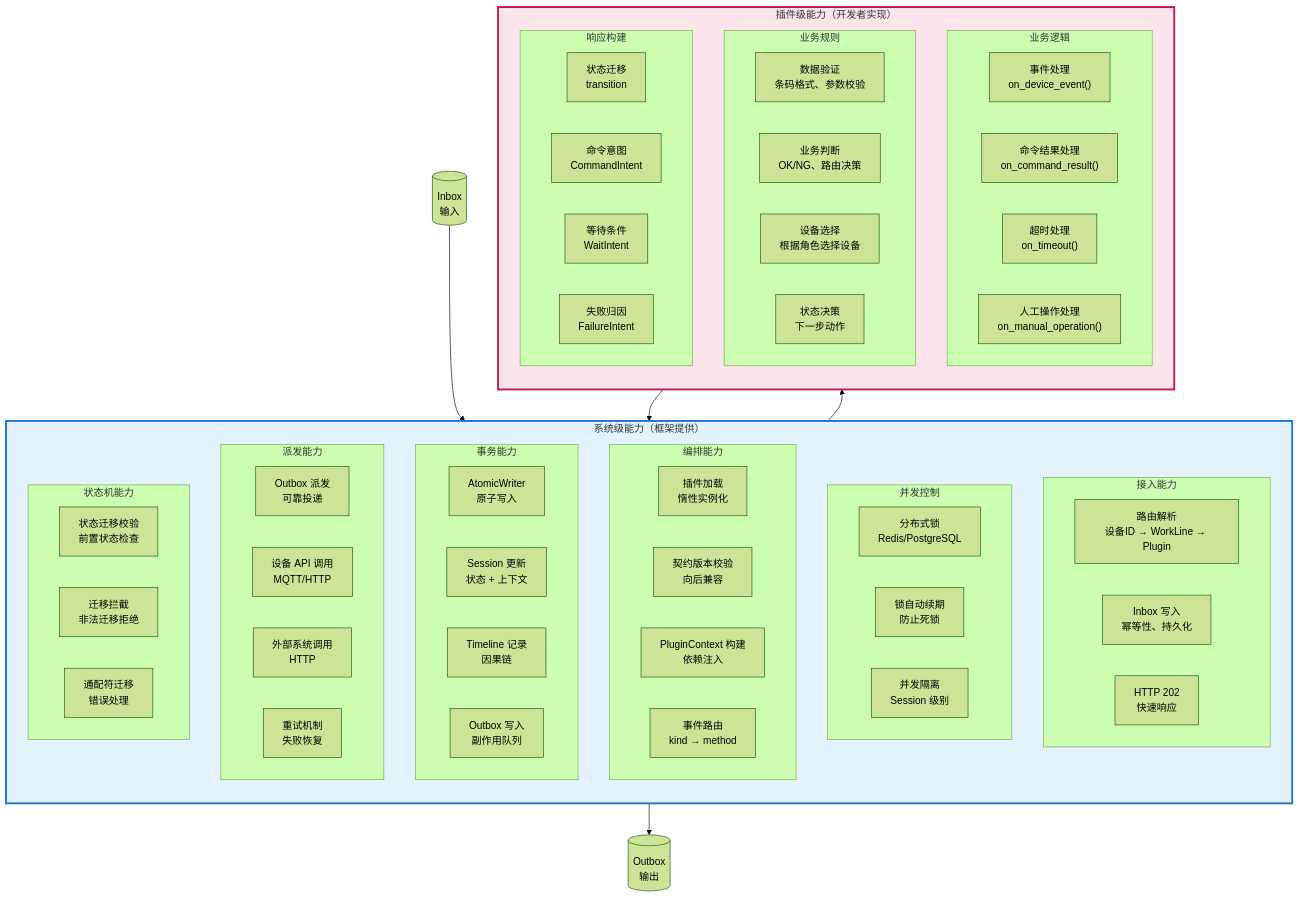
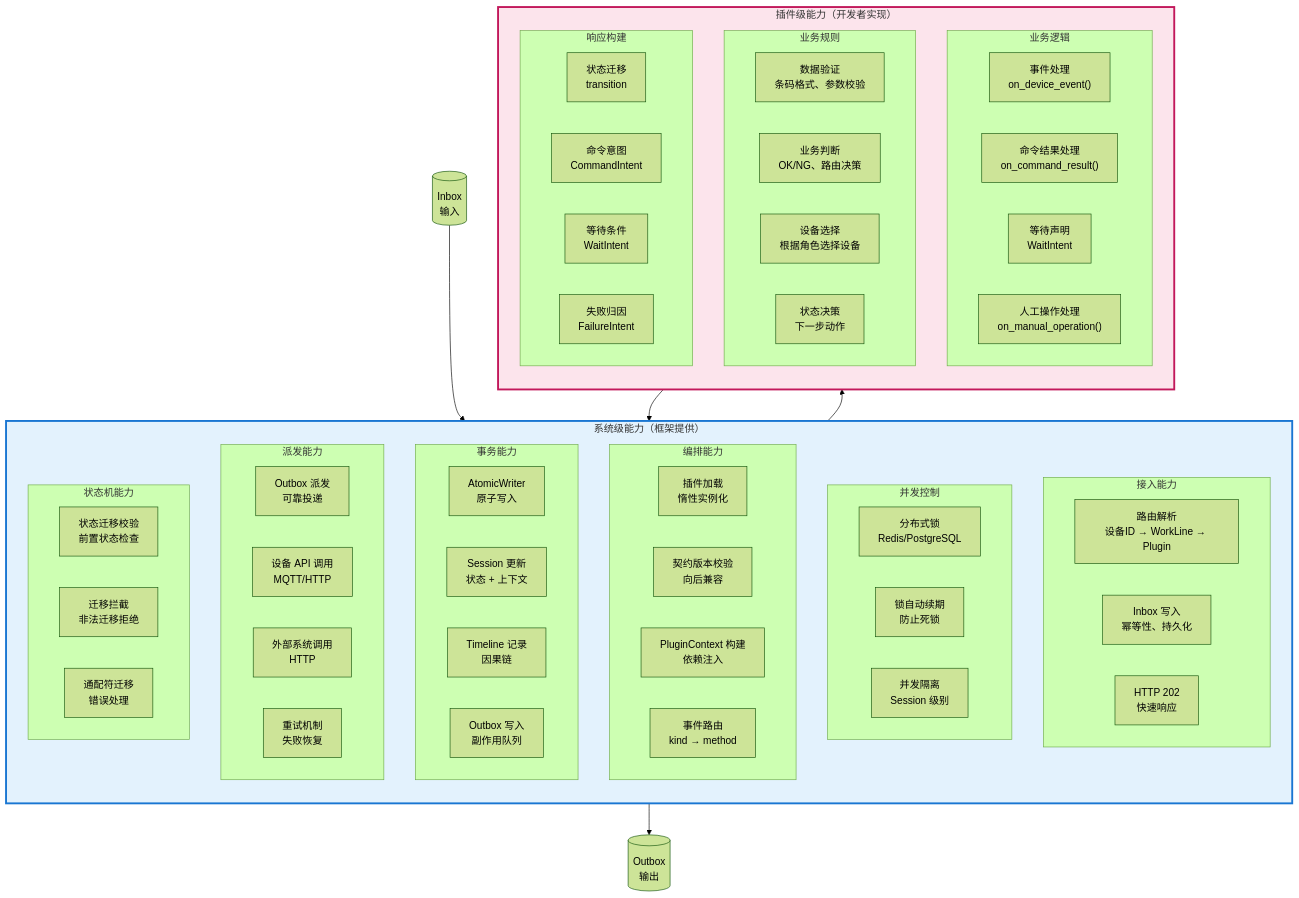
Before and after one commit to kaizhoumasha/wes_backend: the first of 11 diagrams in docs/system_vs_plugin_capabilities.md, drawn with Mermaid (forest theme). The commit also changed other lines of this file and 261 other files, not shown here.

````diff
--- a/docs/system_vs_plugin_capabilities.md
+++ b/docs/system_vs_plugin_capabilities.md
@@ -11,81 +13,81 @@
 ```mermaid
 flowchart TB
     subgraph SystemLayer["系统级能力（框架提供）"]
         direction TB
         
         subgraph Ingestion["接入能力"]
             I1["路由解析<br/>设备ID → WorkLine → Plugin"]
             I2["Inbox 写入<br/>幂等性、持久化"]
             I3["HTTP 202<br/>快速响应"]
         end
         
         subgraph Concurrency["并发控制"]
             C1["分布式锁<br/>Redis/PostgreSQL"]
             C2["锁自动续期<br/>防止死锁"]
             C3["并发隔离<br/>Session 级别"]
         end
         
         subgraph Orchestration["编排能力"]
             O1["插件加载<br/>惰性实例化"]
             O2["契约版本校验<br/>向后兼容"]
             O3["PluginContext 构建<br/>依赖注入"]
             O4["事件路由<br/>kind → method"]
         end
         
         subgraph Transaction["事务能力"]
             T1["AtomicWriter<br/>原子写入"]
             T2["Session 更新<br/>状态 + 上下文"]
             T3["Timeline 记录<br/>因果链"]
             T4["Outbox 写入<br/>副作用队列"]
         end
         
         subgraph Dispatch["派发能力"]
             D1["Outbox 派发<br/>可靠投递"]
             D2["设备 API 调用<br/>MQTT/HTTP"]
             D3["外部系统调用<br/>HTTP"]
             D4["重试机制<br/>失败恢复"]
         end
         
         subgraph StateMachine["状态机能力"]
             S1["状态迁移校验<br/>前置状态检查"]
             S2["迁移拦截<br/>非法迁移拒绝"]
             S3["通配符迁移<br/>错误处理"]
         end
     end
     
     subgraph PluginLayer["插件级能力（开发者实现）"]
         direction TB
         
         subgraph BusinessLogic["业务逻辑"]
             B1["事件处理<br/>on_device_event()"]
             B2["命令结果处理<br/>on_command_result()"]
-            B3["超时处理<br/>on_timeout()"]
+            B3["等待声明<br/>WaitIntent"]
             B4["人工操作处理<br/>on_manual_operation()"]
         end
         
         subgraph BusinessRules["业务规则"]
             R1["数据验证<br/>条码格式、参数校验"]
             R2["业务判断<br/>OK/NG、路由决策"]
             R3["设备选择<br/>根据角色选择设备"]
             R4["状态决策<br/>下一步动作"]
         end
         
         subgraph Response["响应构建"]
             E1["状态迁移<br/>transition"]
             E2["命令意图<br/>CommandIntent"]
             E3["等待条件<br/>WaitIntent"]
             E4["失败归因<br/>FailureIntent"]
         end
     end
     
     Inbox[("Inbox<br/>输入")]
     Outbox[("Outbox<br/>输出")]
     
     Inbox --> SystemLayer
     SystemLayer --> PluginLayer
     PluginLayer --> SystemLayer
     SystemLayer --> Outbox
 
     style SystemLayer fill:#e3f2fd,stroke:#1976d2,stroke-width:3px
     style PluginLayer fill:#fce4ec,stroke:#c2185b,stroke-width:3px
 ```
````
